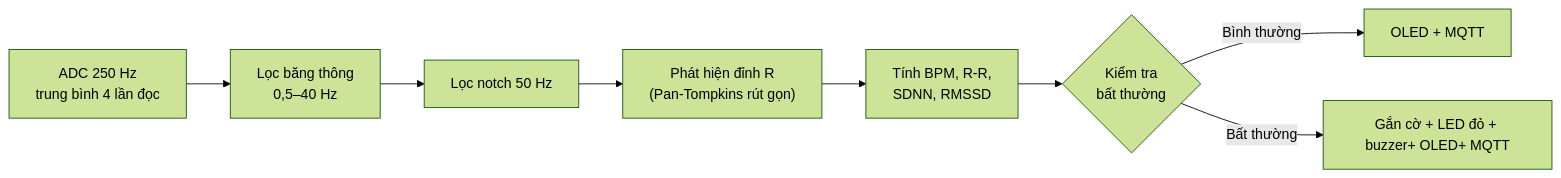
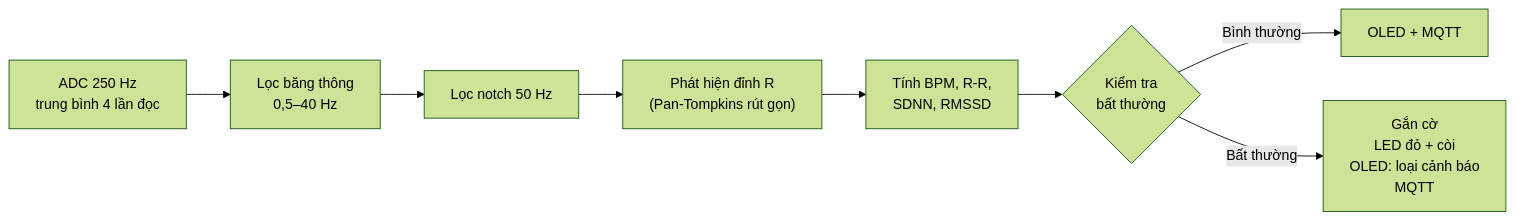
The second of 2 diagrams in README.md (HaVietAnh2255/esp32-ad8232-ecg-monitor), drawn with Mermaid (forest theme) before and after one commit.

Commit message:
Sửa sơ đồ luồng xử lý

````diff
--- a/README.md
+++ b/README.md
@@ -89,10 +89,10 @@
 ```mermaid
 flowchart LR
     A["ADC 250 Hz<br/>trung bình 4 lần đọc"] --> B["Lọc băng thông<br/>0,5–40 Hz"]
     B --> C["Lọc notch 50 Hz"]
     C --> D["Phát hiện đỉnh R<br/>(Pan-Tompkins rút gọn)"]
     D --> F["Tính BPM, R-R,<br/>SDNN, RMSSD"]
     F --> G{"Kiểm tra<br/>bất thường"}
     G -- "Bình thường" --> H["OLED + MQTT"]
-    G -- "Bất thường" --> I["Gắn cờ + LED đỏ + buzzer+ OLED+ MQTT"]
+    G -- "Bất thường" --> I["Gắn cờ<br/>LED đỏ + còi<br/>OLED: loại cảnh báo<br/>MQTT"]
 ```
````
